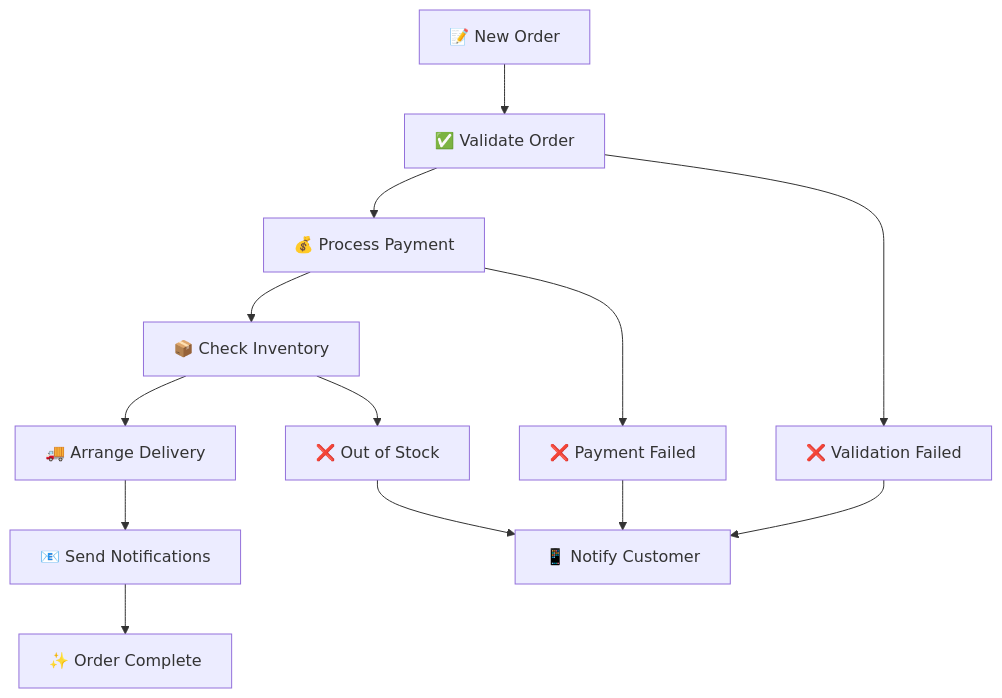
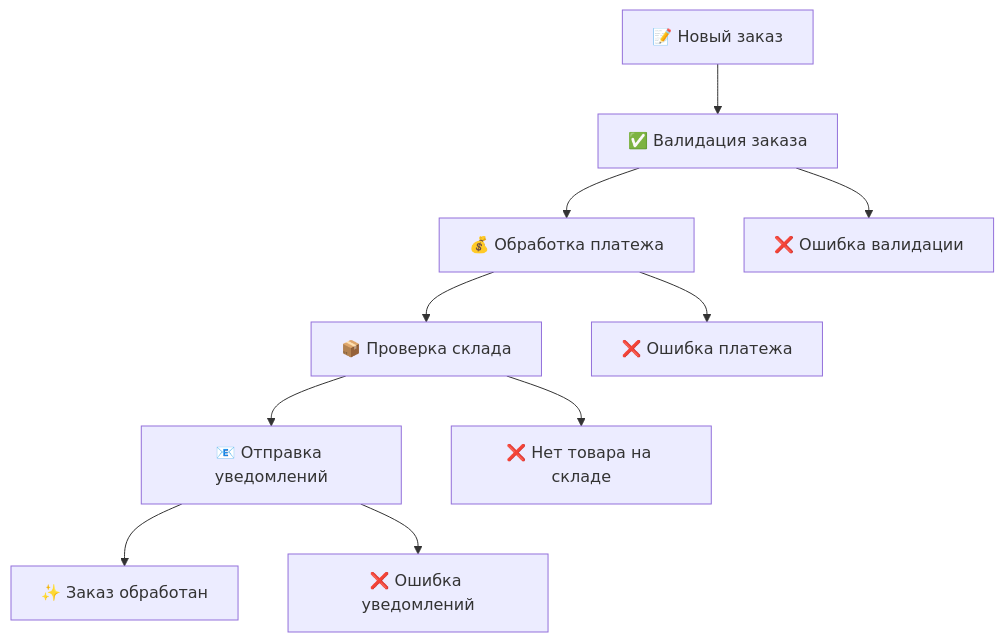
The diagram in PipelineCleanArchitecturePattern/README.md (Daniil-Sakharov/For-Me), drawn with Mermaid before and after one commit. The commit also changed other lines of this file and 5 other files, not shown here.

Commit message:
Enhance project documentation and add detailed architectural comments

````diff
--- a/PipelineCleanArchitecturePattern/README.md
+++ b/PipelineCleanArchitecturePattern/README.md
@@ -61,17 +55,13 @@
 ```mermaid
 graph TD
-    A[📝 New Order] --> B[✅ Validate Order]
-    B --> C[💰 Process Payment]
-    C --> D[📦 Check Inventory]
-    D --> E[🚚 Arrange Delivery]
-    E --> F[📧 Send Notifications]
-    F --> G[✨ Order Complete]
+    A[📝 Новый заказ] --> B[✅ Валидация заказа]
+    B --> C[💰 Обработка платежа]
+    C --> D[📦 Проверка склада]
+    D --> E[📧 Отправка уведомлений]
+    E --> F[✨ Заказ обработан]
     
-    B --> H[❌ Validation Failed]
-    C --> I[❌ Payment Failed]
-    D --> J[❌ Out of Stock]
-    
-    H --> K[📱 Notify Customer]
-    I --> K
-    J --> K
+    B --> G[❌ Ошибка валидации]
+    C --> H[❌ Ошибка платежа]
+    D --> I[❌ Нет товара на складе]
+    E --> J[❌ Ошибка уведомлений]
 ```
````
